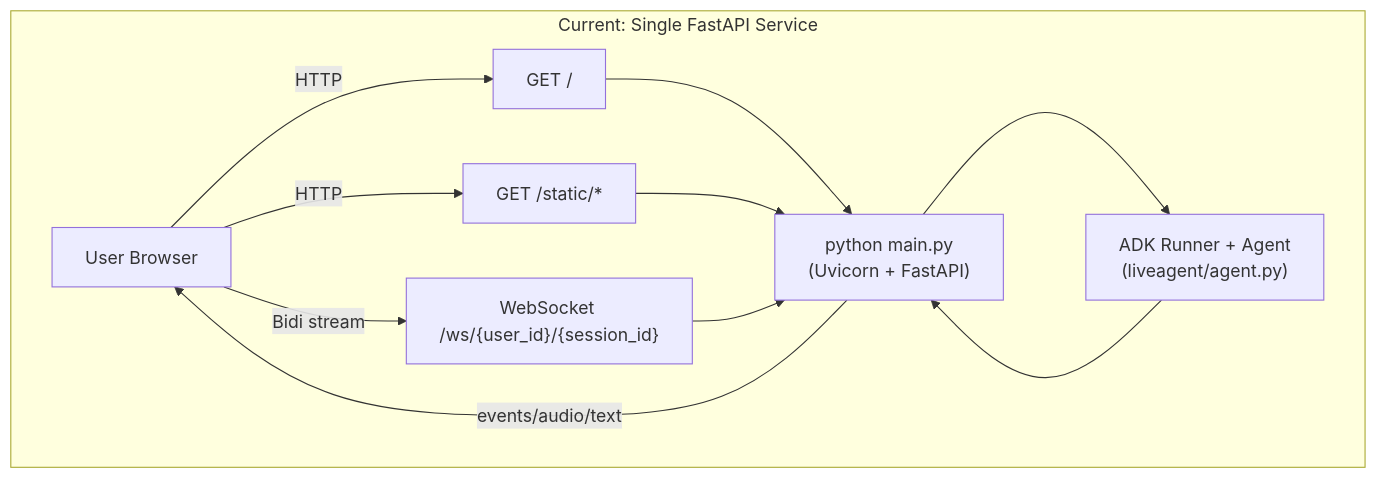
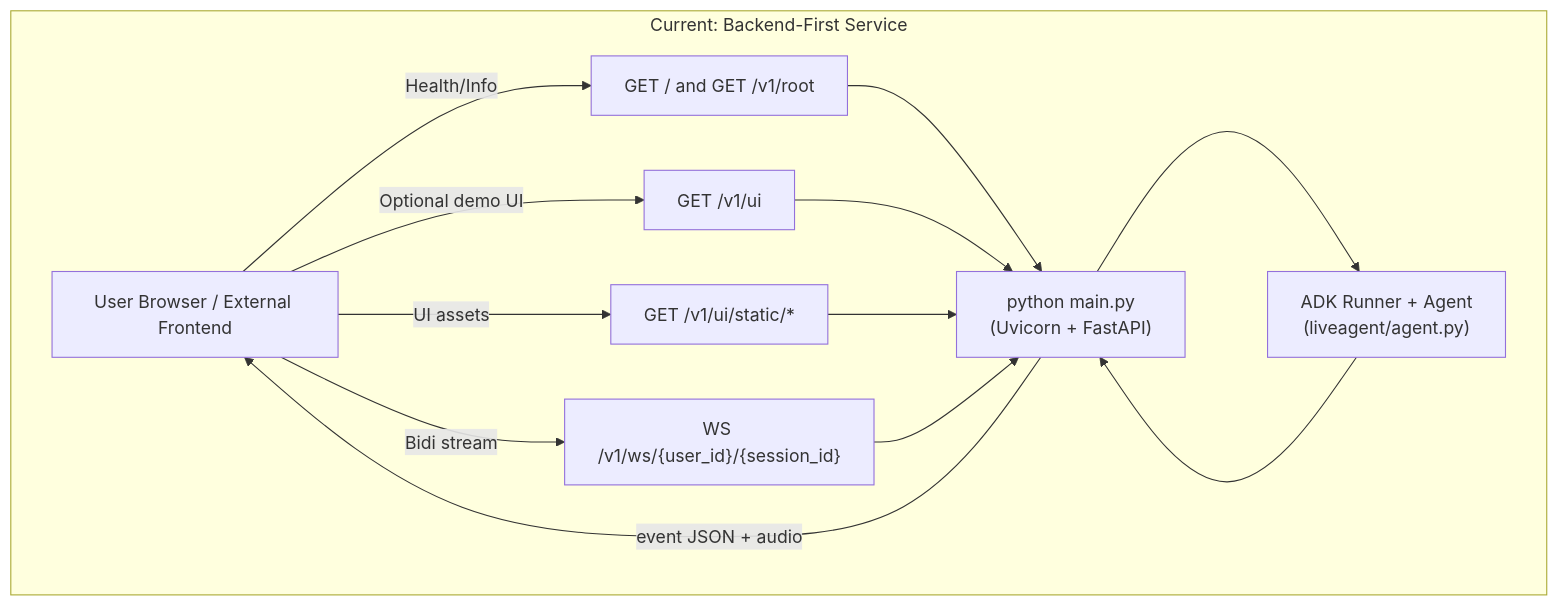
Before and after one commit to barada02/LiveAgent_exp: the first of 3 diagrams in architecture.md, drawn with Mermaid. The commit also changed other lines of this file and 1 other file, not shown here.

````diff
--- a/architecture.md
+++ b/architecture.md
@@ -7,18 +7,20 @@
 ```mermaid
 flowchart TD
-  subgraph Current[Current: Single FastAPI Service]
-    U[User Browser]
+  subgraph Current[Current: Backend-First Service]
+    U[User Browser / External Frontend]
     P["python main.py\n(Uvicorn + FastAPI)"]
-    R1["GET /"]
-    R2["GET /static/*"]
-    WS["WebSocket /ws/{user_id}/{session_id}"]
+    ROOT["GET / and GET /v1/root"]
+    UI["GET /v1/ui"]
+    UISTATIC["GET /v1/ui/static/*"]
+    WS["WS /v1/ws/{user_id}/{session_id}"]
     ADK["ADK Runner + Agent\n(liveagent/agent.py)"]
 
-    U -->|HTTP| R1 --> P
-    U -->|HTTP| R2 --> P
+    U -->|Health/Info| ROOT --> P
+    U -->|Optional demo UI| UI --> P
+    U -->|UI assets| UISTATIC --> P
     U -->|Bidi stream| WS --> P
     P --> ADK
     ADK --> P
-    P -->|events/audio/text| U
+    P -->|event JSON + audio| U
   end
 ```
````
